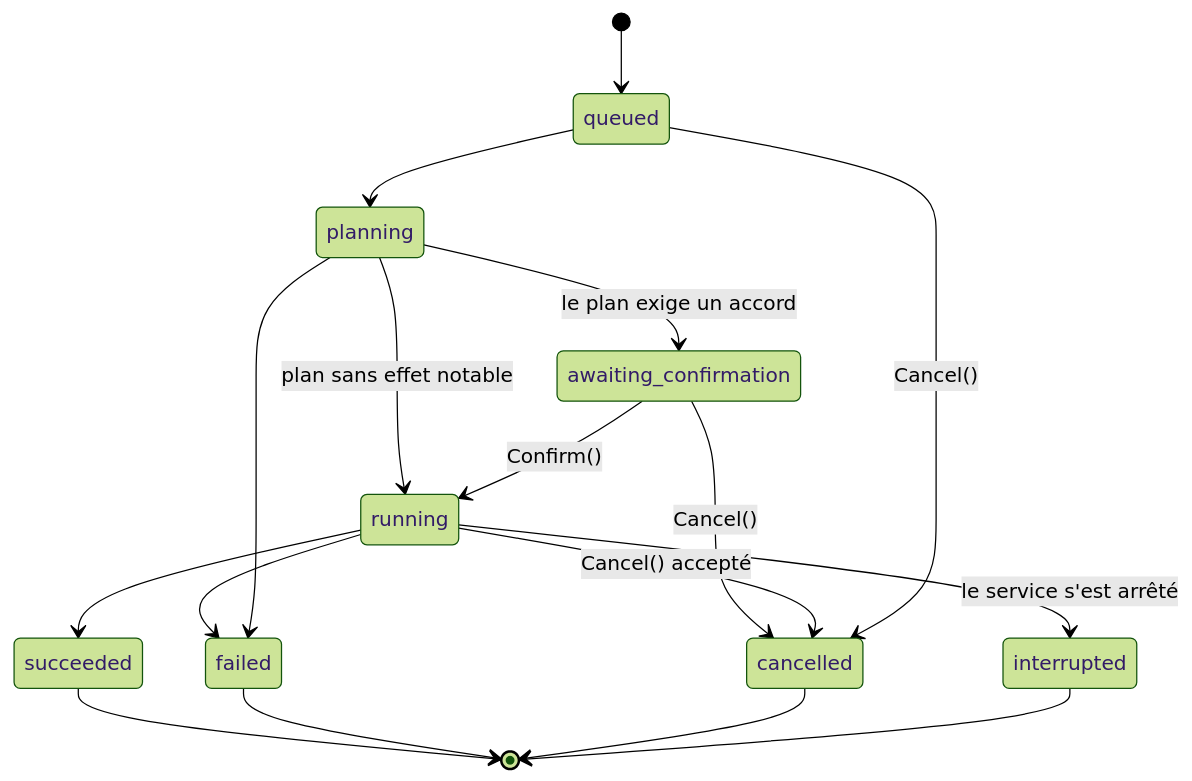
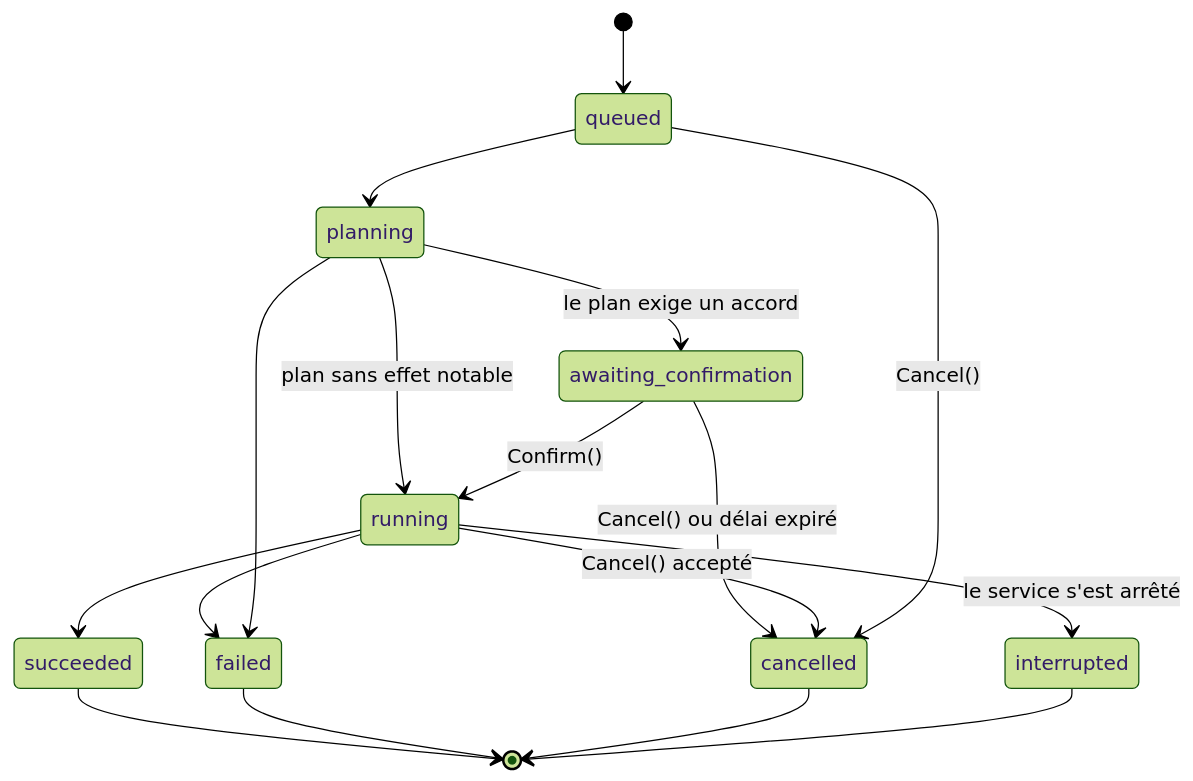
The fifth of 5 diagrams in docs/ARCHITECTURE.md (SachaGrdc/cutefish-store), drawn with Mermaid (forest theme) before and after one commit. The commit also changed other lines of this file and 1 other file, not shown here.

First line of the commit message:
docs: keep the Flatpak confirmation mechanism open (P-008)

````diff
--- a/docs/ARCHITECTURE.md
+++ b/docs/ARCHITECTURE.md
@@ -323,19 +323,19 @@
 ```mermaid
 stateDiagram-v2
     [*] --> queued
     queued --> planning
     planning --> awaiting_confirmation: le plan exige un accord
     planning --> running: plan sans effet notable
     awaiting_confirmation --> running: Confirm()
-    awaiting_confirmation --> cancelled: Cancel()
+    awaiting_confirmation --> cancelled: Cancel() ou délai expiré
     running --> succeeded
     running --> failed
     running --> cancelled: Cancel() accepté
     planning --> failed
     queued --> cancelled: Cancel()
     running --> interrupted: le service s'est arrêté
     succeeded --> [*]
     failed --> [*]
     cancelled --> [*]
     interrupted --> [*]
 ```
````
